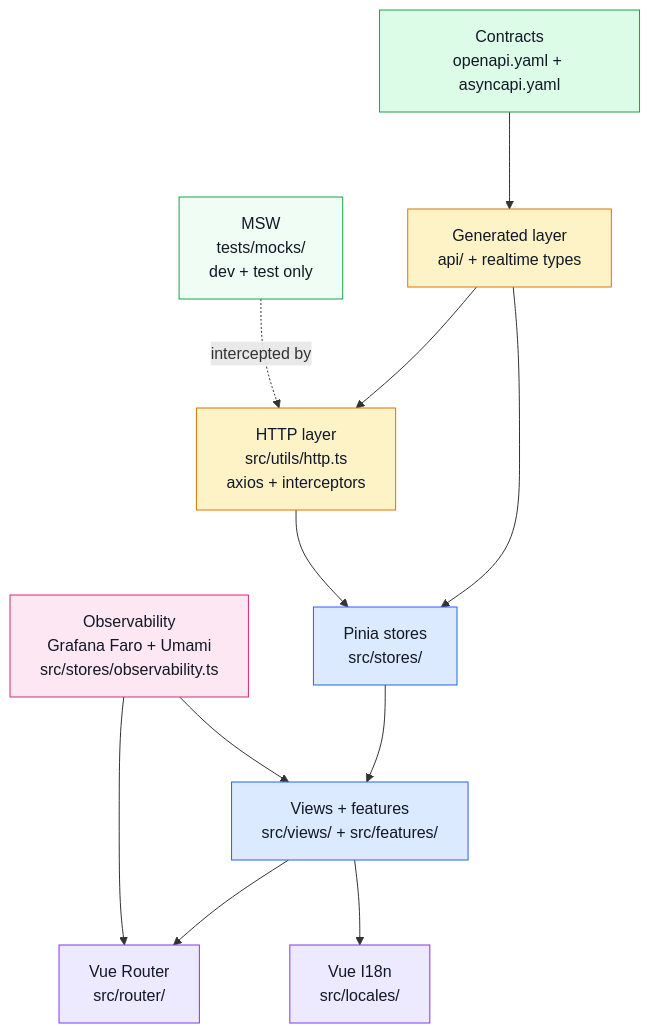
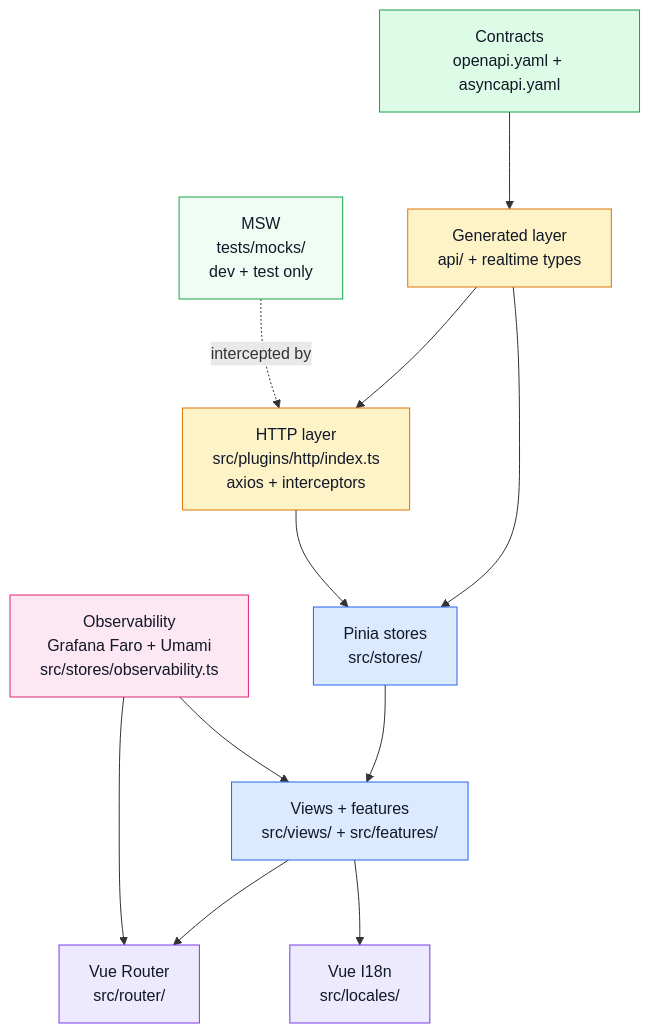
Before and after one commit to Guebbit/boilerplate-vue-frontend: the diagram in docs/theory/architecture.md, drawn with Mermaid. The commit also changed 148 other files, not shown here.

````diff
--- a/docs/theory/architecture.md
+++ b/docs/theory/architecture.md
@@ -8,31 +8,31 @@
 ```mermaid
 %%{init: {'flowchart': {'nodeSpacing': 65, 'rankSpacing': 85}}}%%
 flowchart TD
     Contract["Contracts\nopenapi.yaml + asyncapi.yaml"] --> Generated["Generated layer\napi/ + realtime types"]
     Generated --> Stores["Pinia stores\nsrc/stores/"]
     Stores --> Views["Views + features\nsrc/views/ + src/features/"]
     Views --> Router["Vue Router\nsrc/router/"]
     Views --> I18N["Vue I18n\nsrc/locales/"]
 
-    HTTP["HTTP layer\nsrc/utils/http.ts\naxios + interceptors"] --> Stores
+    HTTP["HTTP layer\nsrc/plugins/http/index.ts\naxios + interceptors"] --> Stores
     Generated --> HTTP
 
     Obs["Observability\nGrafana Faro + Umami\nsrc/stores/observability.ts"] --> Views
     Obs --> Router
 
     MSW["MSW\ntests/mocks/\ndev + test only"] -.intercepted by.-> HTTP
 
     classDef contract fill:#dcfce7,stroke:#16a34a,color:#111827;
     classDef generated fill:#fef3c7,stroke:#d97706,color:#111827;
     classDef app fill:#dbeafe,stroke:#2563eb,color:#111827;
     classDef nav fill:#ede9fe,stroke:#7c3aed,color:#111827;
     classDef obs fill:#fce7f3,stroke:#db2777,color:#111827;
     classDef mock fill:#f0fdf4,stroke:#16a34a,color:#111827;
 
     class Contract contract;
     class Generated,HTTP generated;
     class Stores,Views app;
     class Router,I18N nav;
     class Obs obs;
     class MSW mock;
 ```
````
